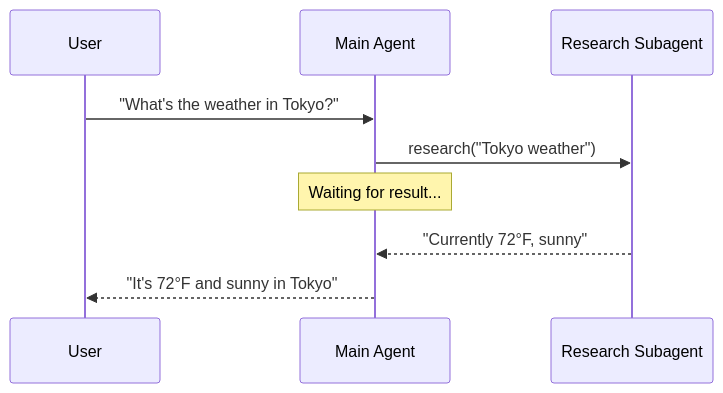
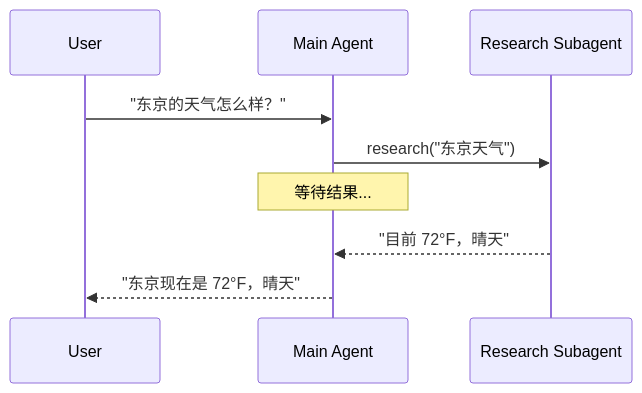
One commit to kunfan96/cndocs-langchain changed the second of 5 diagrams in oss/python/langchain/multi-agent/subagents.mdx. Above: the diagram before and after it, drawn with Mermaid. The commit also changed other lines of this file and 1030 other files, not shown here.

````diff
--- a/oss/python/langchain/multi-agent/subagents.mdx
+++ b/oss/python/langchain/multi-agent/subagents.mdx
@@ -105,12 +105,12 @@
 ```mermaid
 sequenceDiagram
     participant User
     participant Main Agent
     participant Research Subagent
 
-    User->>Main Agent: "What's the weather in Tokyo?"
-    Main Agent->>Research Subagent: research("Tokyo weather")
-    Note over Main Agent: Waiting for result...
-    Research Subagent-->>Main Agent: "Currently 72°F, sunny"
-    Main Agent-->>User: "It's 72°F and sunny in Tokyo"
+    User->>Main Agent: "东京的天气怎么样？"
+    Main Agent->>Research Subagent: research("东京天气")
+    Note over Main Agent: 等待结果...
+    Research Subagent-->>Main Agent: "目前 72°F，晴天"
+    Main Agent-->>User: "东京现在是 72°F，晴天"
 ```
````
